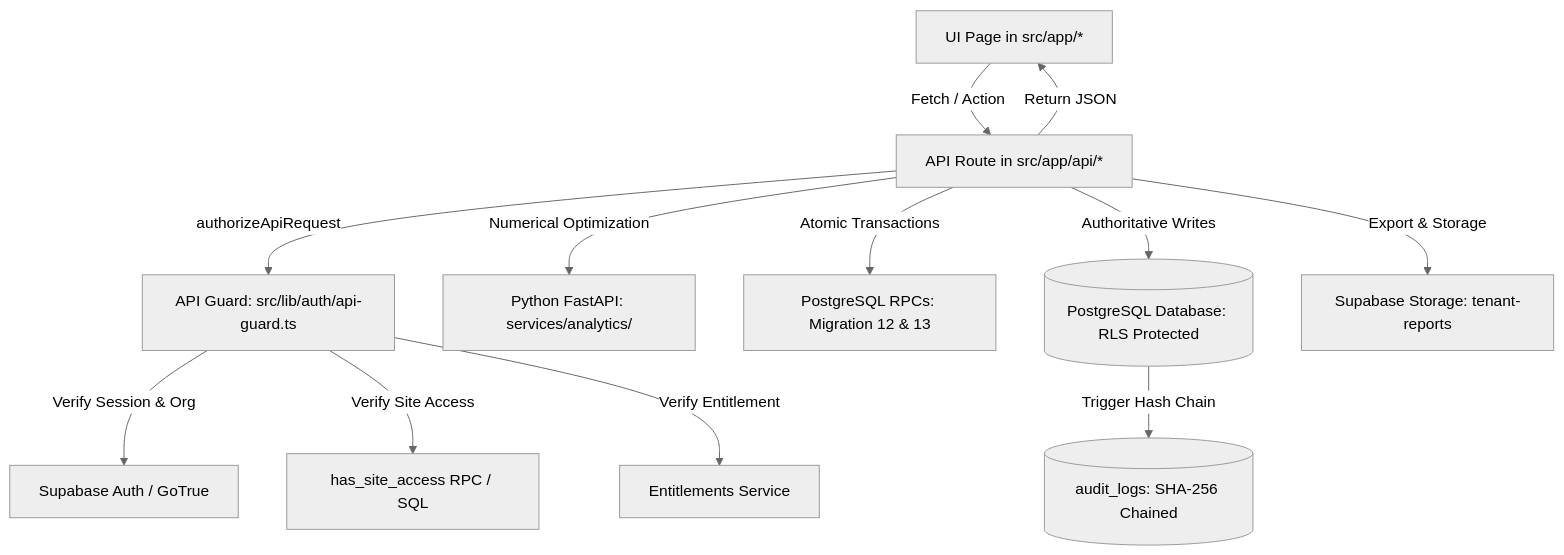
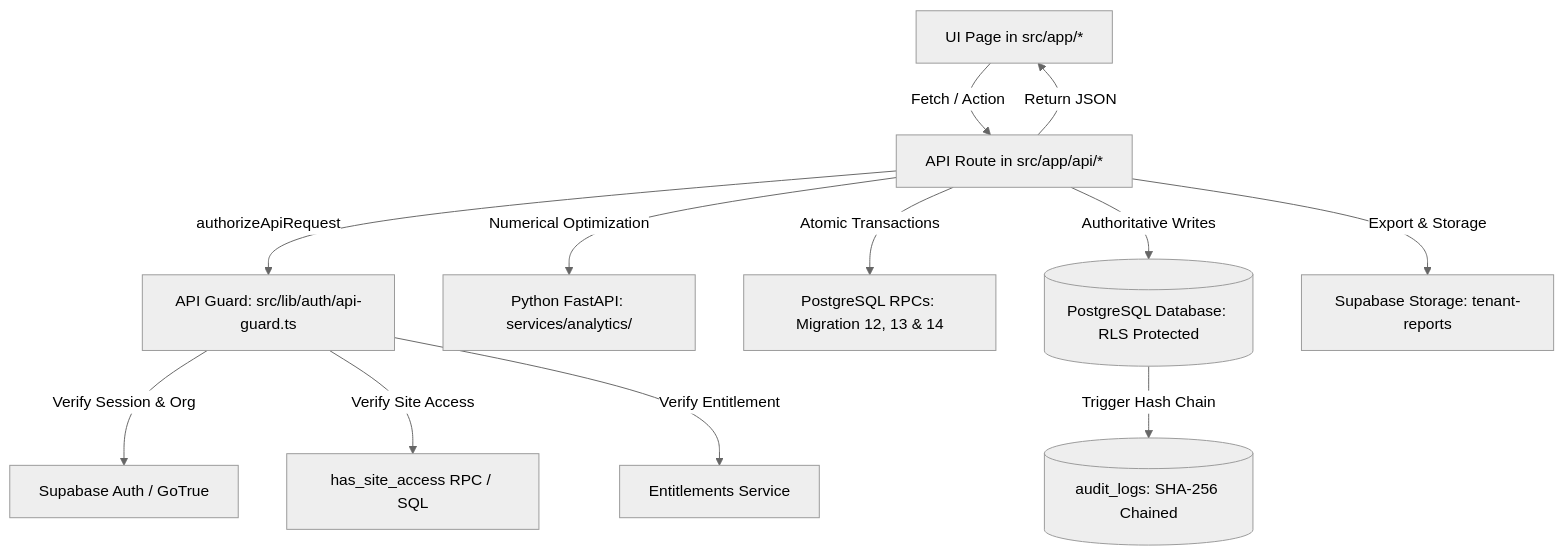
One commit to labs-netizen/Aetheon-SAAS changed the diagram in docs/context/CODEBASE_MAP.md. Above: the diagram before and after it, drawn with Mermaid (neutral theme). The commit also changed other lines of this file and 56 other files, not shown here.

````diff
--- a/docs/context/CODEBASE_MAP.md
+++ b/docs/context/CODEBASE_MAP.md
@@ -7,14 +7,14 @@
 ```mermaid
 graph TD
     UI[UI Page in src/app/*] -->|Fetch / Action| API[API Route in src/app/api/*]
     API -->|authorizeApiRequest| GUARD[API Guard: src/lib/auth/api-guard.ts]
     GUARD -->|Verify Session & Org| AUTH[Supabase Auth / GoTrue]
     GUARD -->|Verify Site Access| SITE_ACCESS[has_site_access RPC / SQL]
     GUARD -->|Verify Entitlement| ENT[Entitlements Service]
     API -->|Numerical Optimization| ANALYTICS[Python FastAPI: services/analytics/]
-    API -->|Atomic Transactions| RPCS[PostgreSQL RPCs: Migration 12 & 13]
+    API -->|Atomic Transactions| RPCS[PostgreSQL RPCs: Migration 12, 13 & 14]
     API -->|Authoritative Writes| DB[(PostgreSQL Database: RLS Protected)]
     DB -->|Trigger Hash Chain| AUDIT[(audit_logs: SHA-256 Chained)]
     API -->|Export & Storage| STORAGE[Supabase Storage: tenant-reports]
     API -->|Return JSON| UI
 ```
````
